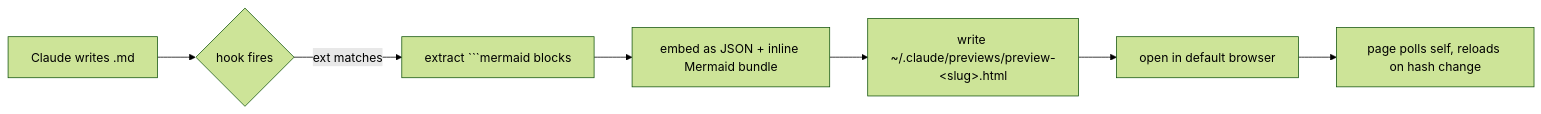
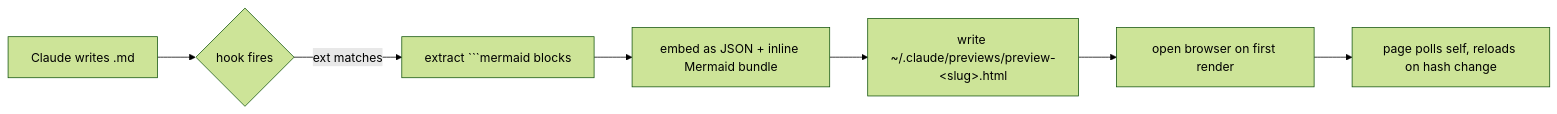
Before and after one commit to xiaolai/mermaid-preview-for-claude: the diagram in README.md, drawn with Mermaid (forest theme). The commit also changed other lines of this file and 2 other files, not shown here.

First line of the commit message:
feat: open preview tab once per file, not on every write

````diff
--- a/README.md
+++ b/README.md
@@ -25,9 +26,9 @@
 ```mermaid
 flowchart LR
   A[Claude writes .md] --> B{hook fires}
   B -- ext matches --> C[extract ```mermaid blocks]
   C --> D[embed as JSON + inline Mermaid bundle]
   D --> E[write ~/.claude/previews/preview-&lt;slug&gt;.html]
-  E --> F[open in default browser]
+  E --> F[open browser on first render]
   F --> G[page polls self, reloads on hash change]
 ```
````
